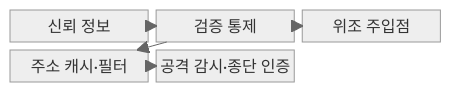
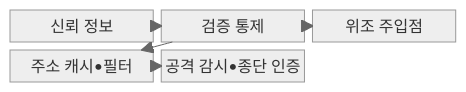
Before and after one commit to agnusdei1207/knowledge-base: the first of 2 diagrams in src/content/docs/notes/05-security/024_network_spoofing.md, drawn with Mermaid (neutral theme). The commit also changed other lines of this file and 953 other files, not shown here.

````diff
--- a/src/content/docs/notes/05-security/024_network_spoofing.md
+++ b/src/content/docs/notes/05-security/024_network_spoofing.md
@@ -67,13 +67,13 @@
 ```mermaid
 block
     columns 3
     T["신뢰 정보"]
     V["검증 통제"]
     A["위조 주입점"]
-    C["주소 캐시·필터"]
-    F["공격 감시·종단 인증"]
+    C["주소 캐시•필터"]
+    F["공격 감시•종단 인증"]
     T --> V
     A --> V
     V --> C
     C --> F
 ```
````
